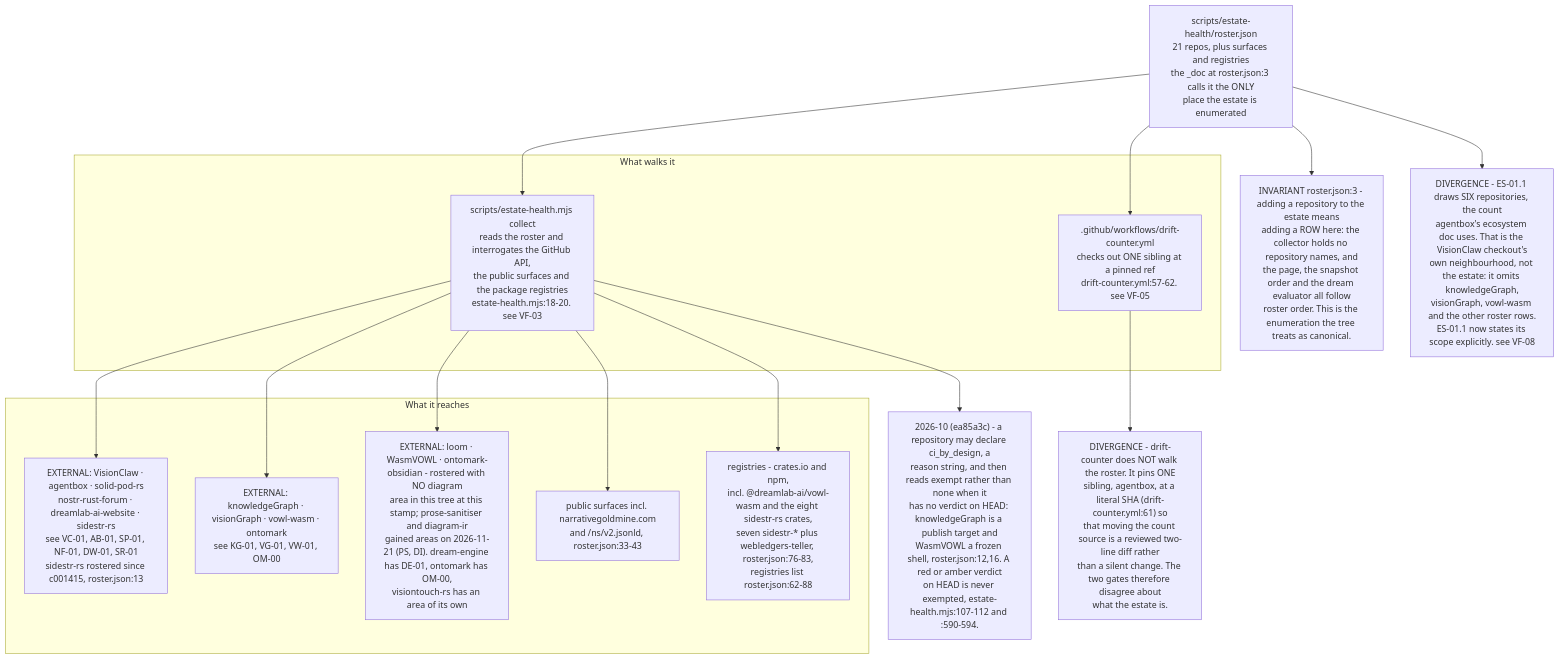
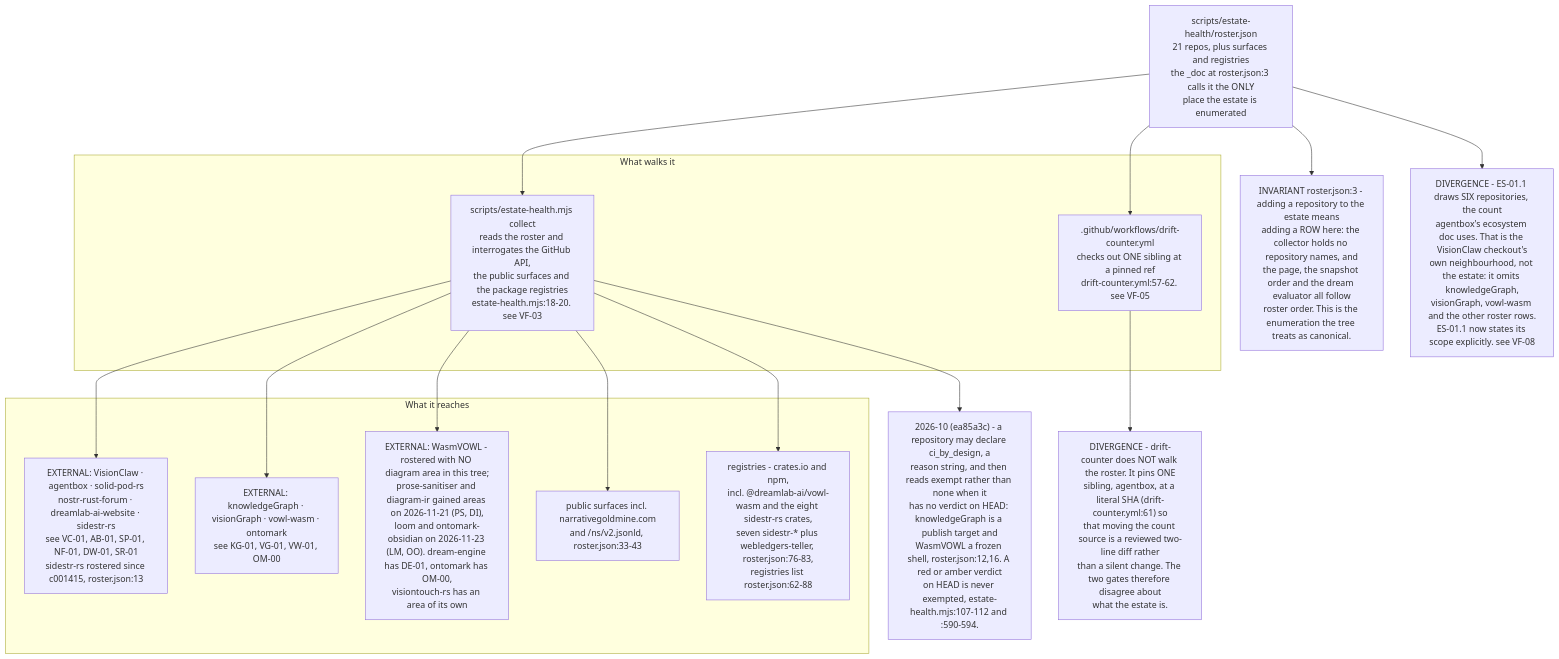
The fifth of 5 diagrams in docs/diagrams/estate/11-publishing-axis.md (DreamLab-AI/VisionFlow), drawn with Mermaid before and after one commit. The commit also changed 5 other files, not shown here.

First line of the commit message:
diagrams: integrate the 2026-11-23 estate consolidation; regenerate indexes

````diff
--- a/docs/diagrams/estate/11-publishing-axis.md
+++ b/docs/diagrams/estate/11-publishing-axis.md
@@ -152,35 +152,35 @@
 ```mermaid
 flowchart TB
     ROSTER["scripts/estate-health/roster.json<br/>21 repos, plus surfaces and registries<br/>the _doc at roster.json:3 calls it the ONLY<br/>place the estate is enumerated"]
 
     subgraph READERS["What walks it"]
         EH["scripts/estate-health.mjs collect<br/>reads the roster and interrogates the GitHub API,<br/>the public surfaces and the package registries<br/>estate-health.mjs:18-20. see VF-03"]
         DC[".github/workflows/drift-counter.yml<br/>checks out ONE sibling at a pinned ref<br/>drift-counter.yml:57-62. see VF-05"]
     end
 
     subgraph TARGETS["What it reaches"]
         R1["EXTERNAL: VisionClaw · agentbox · solid-pod-rs<br/>nostr-rust-forum · dreamlab-ai-website · sidestr-rs<br/>see VC-01, AB-01, SP-01, NF-01, DW-01, SR-01<br/>sidestr-rs rostered since c001415, roster.json:13"]
         R2["EXTERNAL: knowledgeGraph · visionGraph · vowl-wasm · ontomark<br/>see KG-01, VG-01, VW-01, OM-00"]
-        R3["EXTERNAL: loom · WasmVOWL · ontomark-obsidian - rostered with NO diagram<br/>area in this tree at this stamp; prose-sanitiser and diagram-ir<br/>gained areas on 2026-11-21 (PS, DI). dream-engine has DE-01, ontomark has OM-00,<br/>visiontouch-rs has an area of its own"]
+        R3["EXTERNAL: WasmVOWL - rostered with NO diagram area in this tree;<br/>prose-sanitiser and diagram-ir gained areas on 2026-11-21 (PS, DI),<br/>loom and ontomark-obsidian on 2026-11-23 (LM, OO). dream-engine has DE-01, ontomark has OM-00,<br/>visiontouch-rs has an area of its own"]
         SURF["public surfaces incl. narrativegoldmine.com<br/>and /ns/v2.jsonld, roster.json:33-43"]
         REG["registries - crates.io and npm,<br/>incl. @dreamlab-ai/vowl-wasm and the eight sidestr-rs crates,<br/>seven sidestr-* plus webledgers-teller, roster.json:76-83,<br/>registries list roster.json:62-88"]
     end
 
     ROSTER --> EH
     ROSTER --> DC
     EH --> R1
     EH --> R2
     EH --> R3
     EH --> SURF
     EH --> REG
 
     INV["INVARIANT roster.json:3 - adding a repository to the estate means<br/>adding a ROW here: the collector holds no repository names, and<br/>the page, the snapshot order and the dream evaluator all follow<br/>roster order. This is the enumeration the tree treats as canonical."]
     D1["DIVERGENCE - drift-counter does NOT walk the roster. It pins ONE<br/>sibling, agentbox, at a literal SHA (drift-counter.yml:61) so<br/>that moving the count source is a reviewed two-line diff rather<br/>than a silent change. The two gates therefore disagree about<br/>what the estate is."]
     D2["DIVERGENCE - ES-01.1 draws SIX repositories, the count<br/>agentbox's ecosystem doc uses. That is the VisionClaw checkout's<br/>own neighbourhood, not the estate: it omits knowledgeGraph,<br/>visionGraph, vowl-wasm and the other roster rows.<br/>ES-01.1 now states its scope explicitly. see VF-08"]
 
     EXEMPT["2026-10 (ea85a3c) - a repository may declare ci_by_design, a<br/>reason string, and then reads exempt rather than none when it<br/>has no verdict on HEAD: knowledgeGraph is a publish target and<br/>WasmVOWL a frozen shell, roster.json:12,16. A red or amber verdict<br/>on HEAD is never exempted, estate-health.mjs:107-112 and :590-594."]
     EH --> EXEMPT
     ROSTER --> INV
     DC --> D1
     ROSTER --> D2
 ```
````
